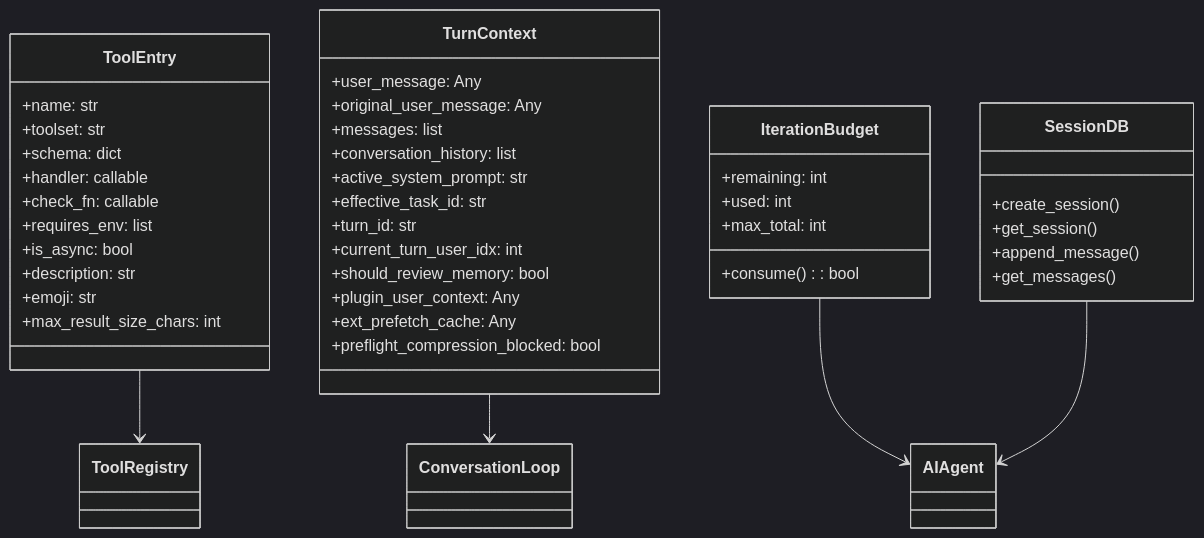
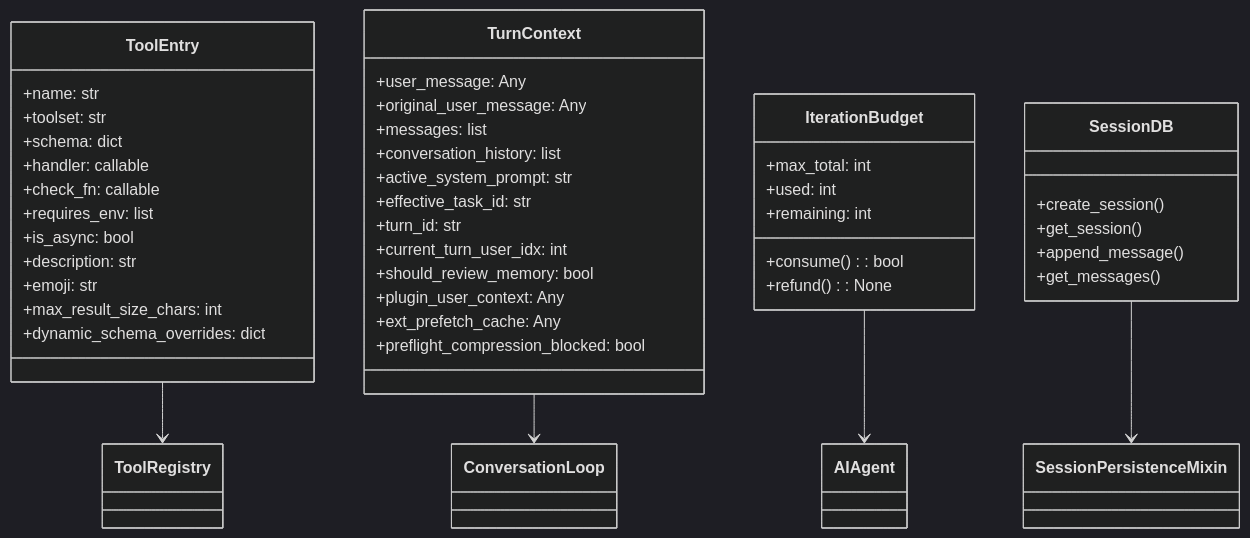
The fifth of 5 diagrams in docs/sourceReader/04-核心模块与类型关系.md (adrian9778/hermes-agent), drawn with Mermaid (dark theme) before and after one commit. The commit also changed other lines of this file and 22 other files, not shown here.

````diff
--- a/docs/sourceReader/04-核心模块与类型关系.md
+++ b/docs/sourceReader/04-核心模块与类型关系.md
@@ -221,45 +445,47 @@
 ```mermaid
 classDiagram
     class ToolEntry {
         +name: str
         +toolset: str
         +schema: dict
         +handler: callable
         +check_fn: callable
         +requires_env: list
         +is_async: bool
         +description: str
         +emoji: str
         +max_result_size_chars: int
+        +dynamic_schema_overrides: dict
     }
     class TurnContext {
         +user_message: Any
         +original_user_message: Any
         +messages: list
         +conversation_history: list
         +active_system_prompt: str
         +effective_task_id: str
         +turn_id: str
         +current_turn_user_idx: int
         +should_review_memory: bool
         +plugin_user_context: Any
         +ext_prefetch_cache: Any
         +preflight_compression_blocked: bool
     }
     class IterationBudget {
-        +remaining: int
-        +used: int
         +max_total: int
         +consume(): bool
+        +refund(): None
+        +used: int
+        +remaining: int
     }
     class SessionDB {
         +create_session()
         +get_session()
         +append_message()
         +get_messages()
     }
     ToolEntry --> ToolRegistry
     TurnContext --> ConversationLoop
     IterationBudget --> AIAgent
-    SessionDB --> AIAgent
+    SessionDB --> SessionPersistenceMixin
 ```
````
